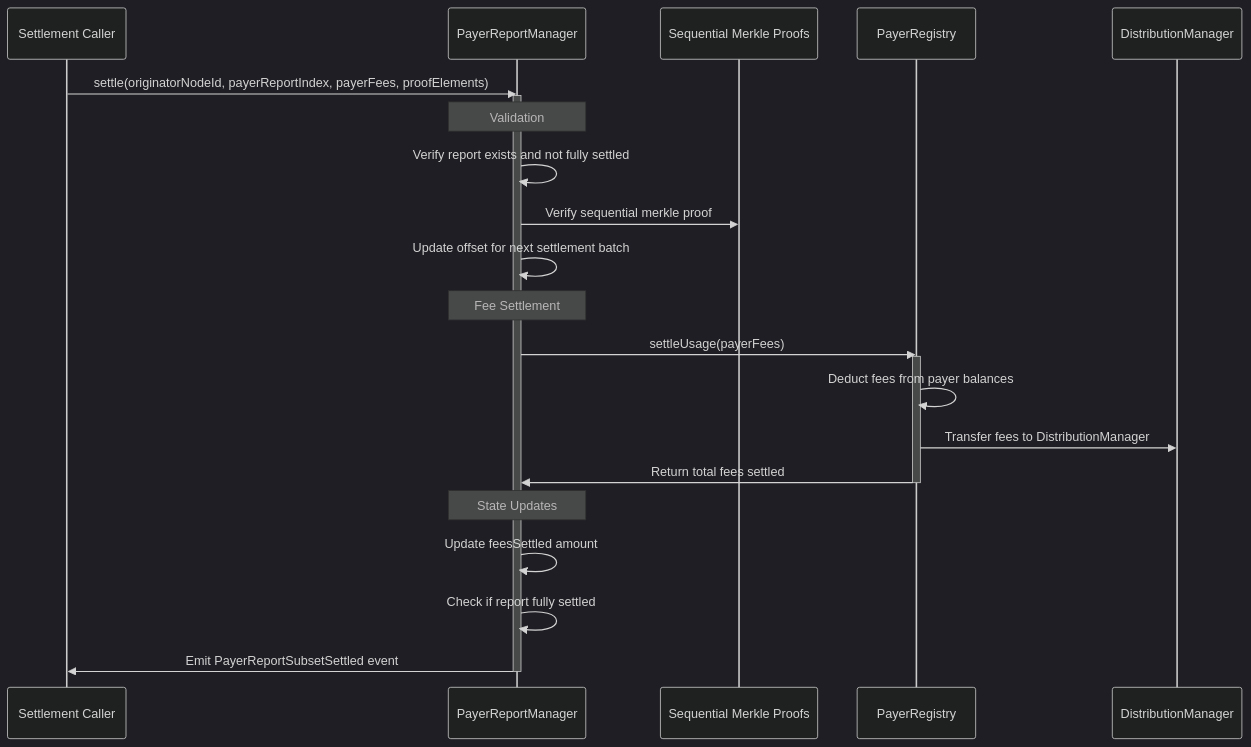
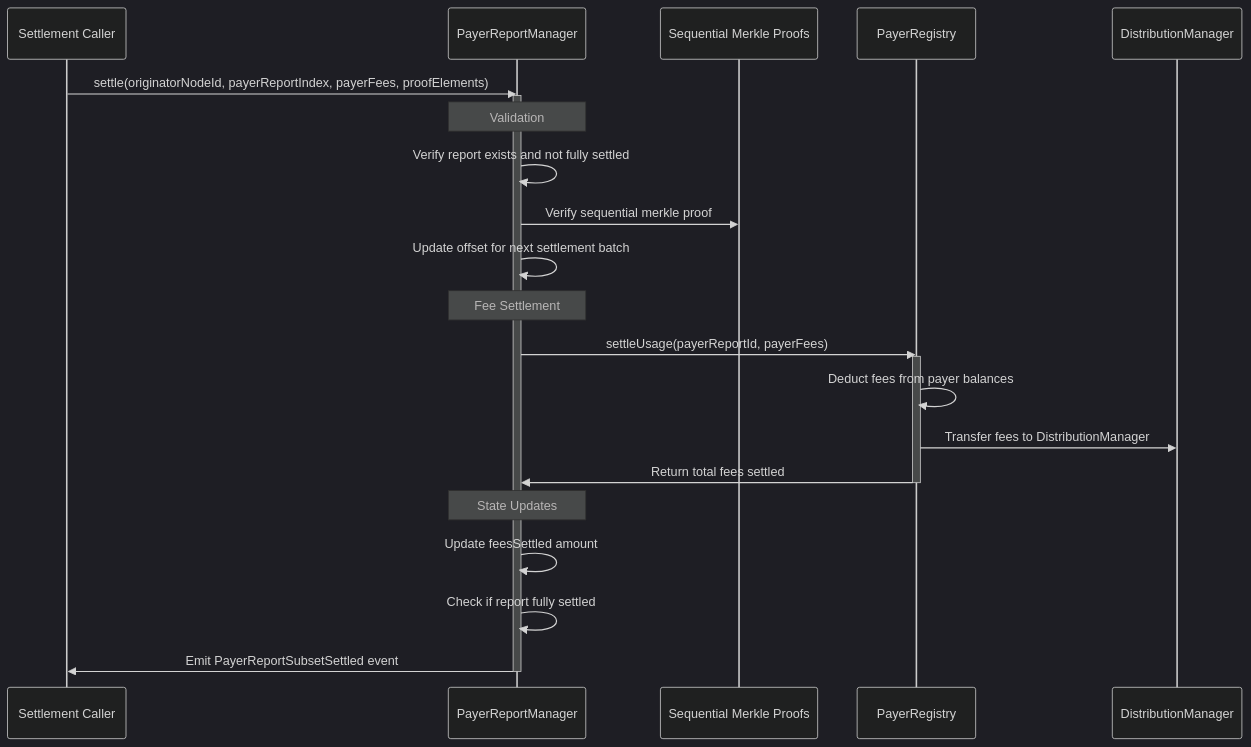
The third of 3 diagrams in doc/payer-reports.md (xmtp/smart-contracts), drawn with Mermaid (dark theme) before and after one commit. The commit also changed 7 other files, not shown here.

````diff
--- a/doc/payer-reports.md
+++ b/doc/payer-reports.md
@@ -170,30 +170,30 @@
 ```mermaid
 sequenceDiagram
     participant Settler as Settlement Caller
     participant PRM as PayerReportManager
     participant Merkle as Sequential Merkle Proofs
     participant PR as PayerRegistry
     participant DM as DistributionManager
 
     Settler->>PRM: settle(originatorNodeId, payerReportIndex, payerFees, proofElements)
     activate PRM
 
     Note over PRM: Validation
     PRM->>PRM: Verify report exists and not fully settled
     PRM->>Merkle: Verify sequential merkle proof
     PRM->>PRM: Update offset for next settlement batch
 
     Note over PRM: Fee Settlement
-    PRM->>PR: settleUsage(payerFees)
+    PRM->>PR: settleUsage(payerReportId, payerFees)
     activate PR
     PR->>PR: Deduct fees from payer balances
     PR->>DM: Transfer fees to DistributionManager
     PR->>PRM: Return total fees settled
     deactivate PR
 
     Note over PRM: State Updates
     PRM->>PRM: Update feesSettled amount
     PRM->>PRM: Check if report fully settled
     PRM->>Settler: Emit PayerReportSubsetSettled event
     deactivate PRM
 ```
````
